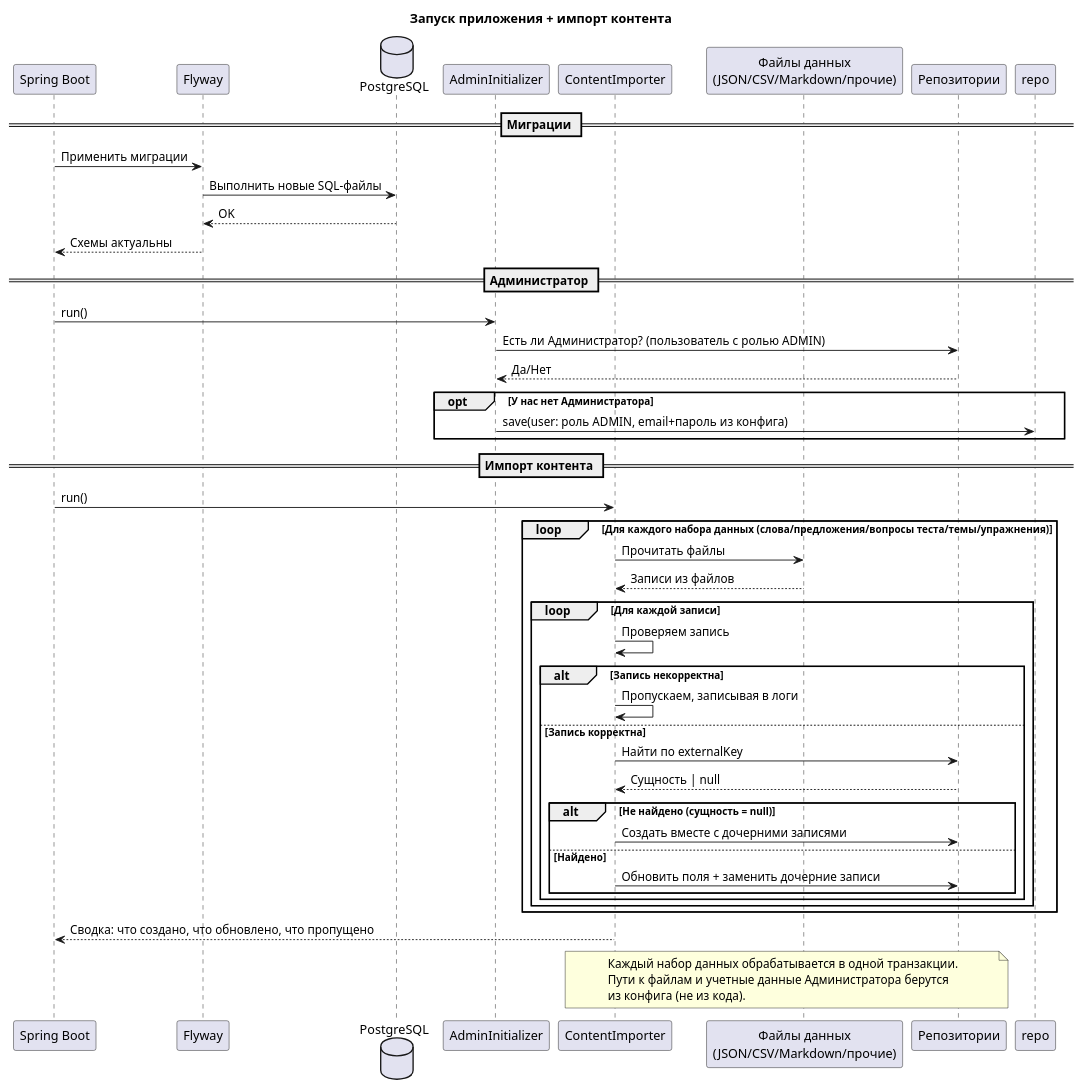
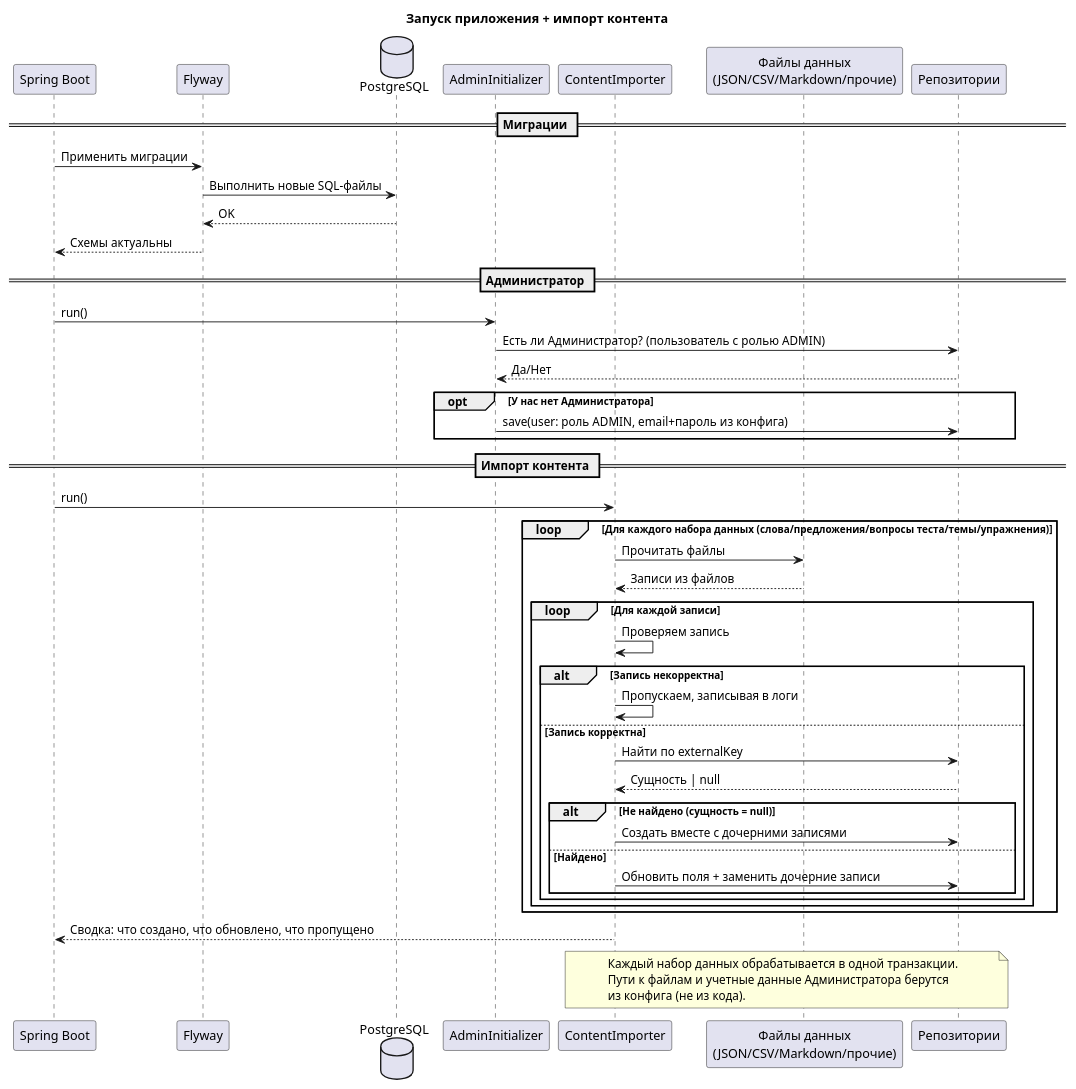
The diagram in docs/diagrams/plantuml/sequences/startup.puml (anufrievalex2006/StudyEnglish), drawn with PlantUML before and after one commit. The commit also changed 4 other files, not shown here.

Commit message:
Фикс диаграмм + написал документацию к проекту

```diff
--- a/docs/diagrams/plantuml/sequences/startup.puml
+++ b/docs/diagrams/plantuml/sequences/startup.puml
@@ -1,53 +1,53 @@
 @startuml StartupSequence
 title Запуск приложения + импорт контента
 
 participant "Spring Boot" as spring
 participant "Flyway" as flyway
 database "PostgreSQL" as db
 participant "AdminInitializer" as init
 participant "ContentImporter" as importer
 participant "Файлы данных\n(JSON/CSV/Markdown/прочие)" as files
 participant "Репозитории" as repos
 
 == Миграции ==
 spring -> flyway: Применить миграции
 flyway -> db: Выполнить новые SQL-файлы
 db --> flyway: OK
 flyway --> spring: Схемы актуальны
 
 == Администратор ==
 spring -> init: run()
 init -> repos: Есть ли Администратор? (пользователь с ролью ADMIN)
 repos --> init: Да/Нет
 opt У нас нет Администратора
-    init -> repo: save(user: роль ADMIN, email+пароль из конфига)
+    init -> repos: save(user: роль ADMIN, email+пароль из конфига)
 end
 
 == Импорт контента ==
 spring -> importer: run()
 loop Для каждого набора данных (слова/предложения/вопросы теста/темы/упражнения)
     importer -> files: Прочитать файлы
     files --> importer: Записи из файлов
     loop Для каждой записи
         importer -> importer: Проверяем запись
         alt Запись некорректна
             importer -> importer: Пропускаем, записывая в логи
         else Запись корректна
             importer -> repos: Найти по externalKey
             repos --> importer: Сущность | null
             alt Не найдено (сущность = null)
                 importer -> repos: Создать вместе с дочерними записями
             else Найдено
                 importer -> repos: Обновить поля + заменить дочерние записи
             end
         end
     end
 end
 importer --> spring: Сводка: что создано, что обновлено, что пропущено
 
 note over importer, repos
     Каждый набор данных обрабатывается в одной транзакции.
     Пути к файлам и учетные данные Администратора берутся
     из конфига (не из кода).
 end note
 @enduml
```
